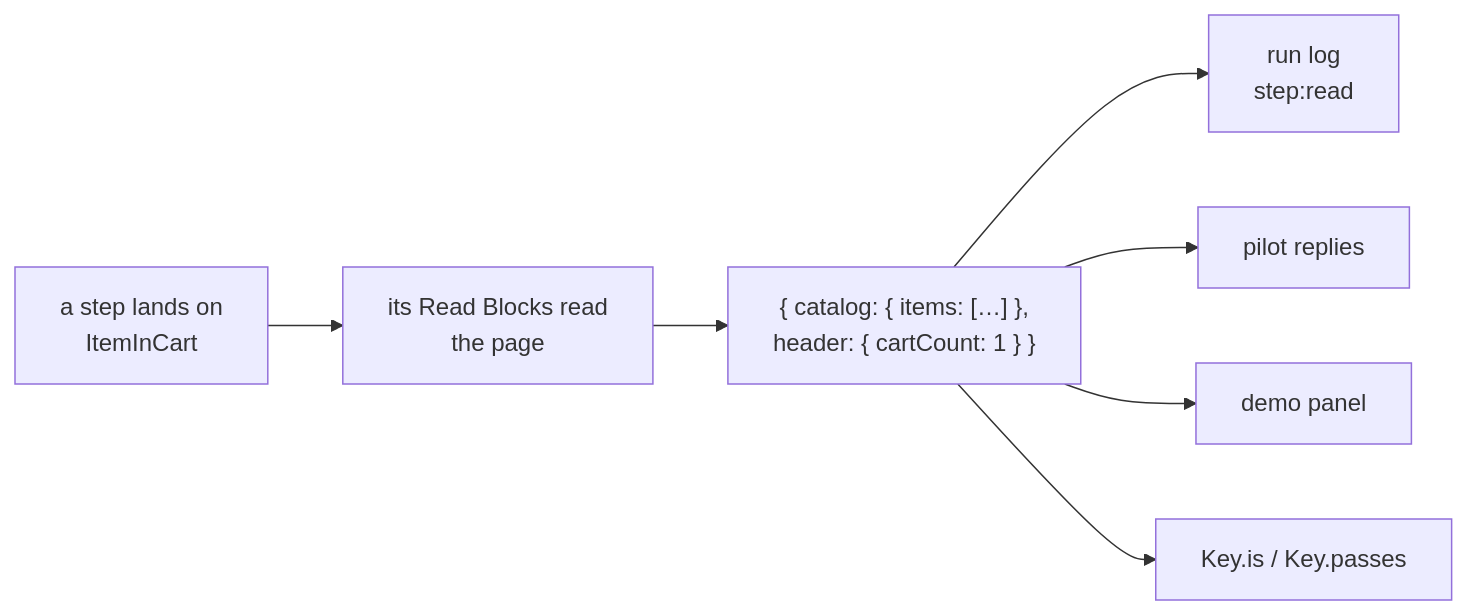
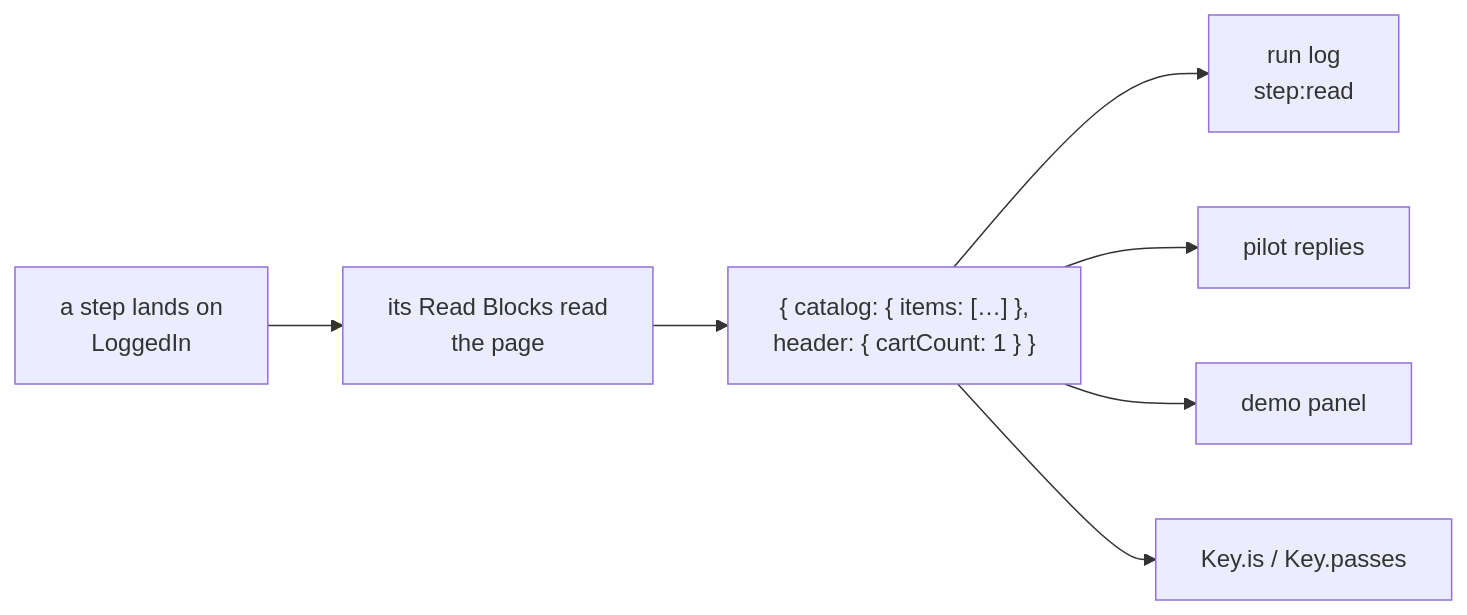
One commit to deviate-dv8/waygraph changed the diagram in docs/guides/reads.md. Above: the diagram before and after it, drawn with Mermaid. The commit also changed other lines of this file and 36 other files, not shown here.

````diff
--- a/docs/guides/reads.md
+++ b/docs/guides/reads.md
@@ -7,9 +7,9 @@
 ```mermaid
 graph LR
-  S[a step lands on<br/>ItemInCart] --> R[its Read Blocks read<br/>the page]
+  S[a step lands on<br/>LoggedIn] --> R[its Read Blocks read<br/>the page]
   R --> J["{ catalog: { items: […] },<br/>header: { cartCount: 1 } }"]
   J --> L[run log<br/>step:read]
   J --> P[pilot replies]
   J --> D[demo panel]
   J --> T[Key.is / Key.passes]
 ```
````
